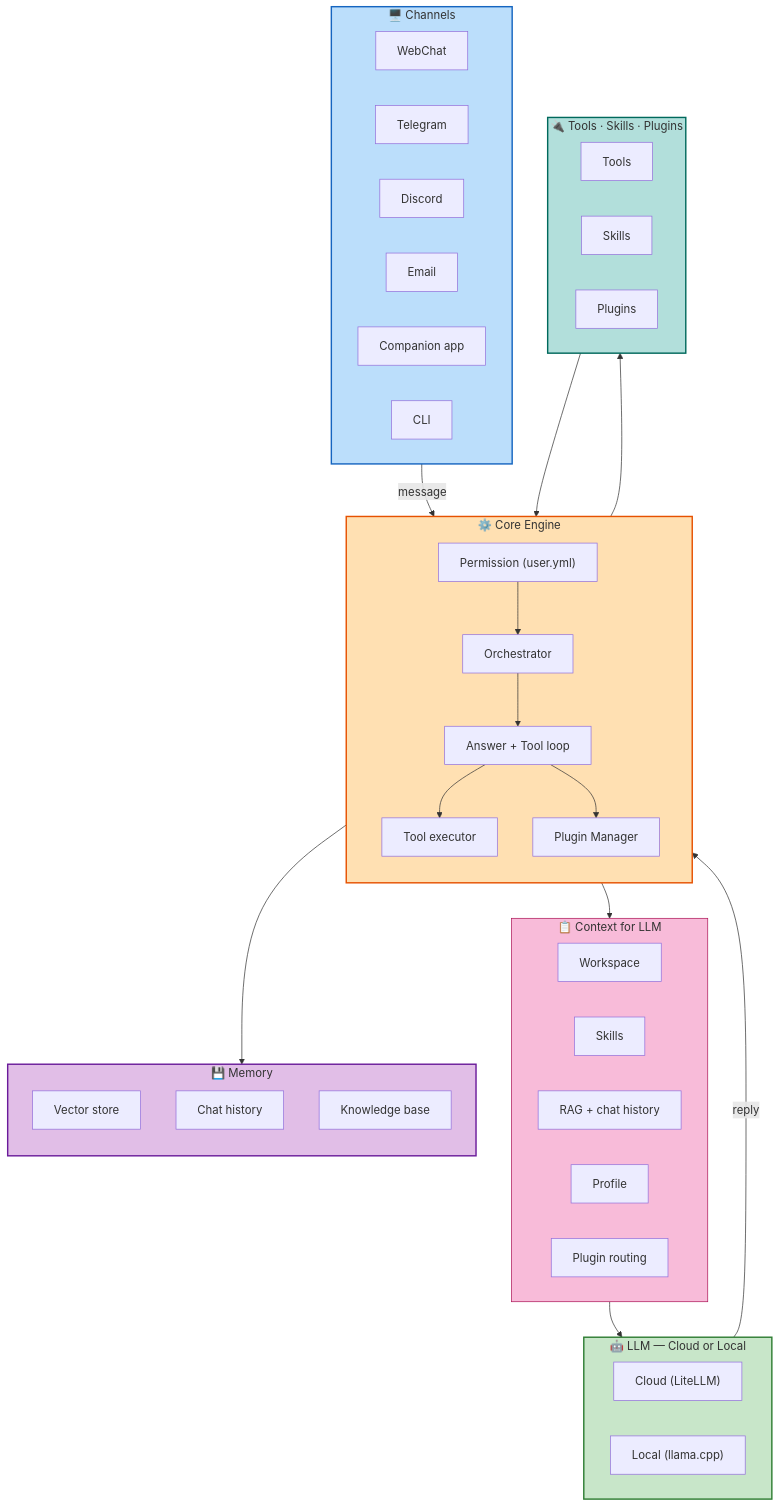
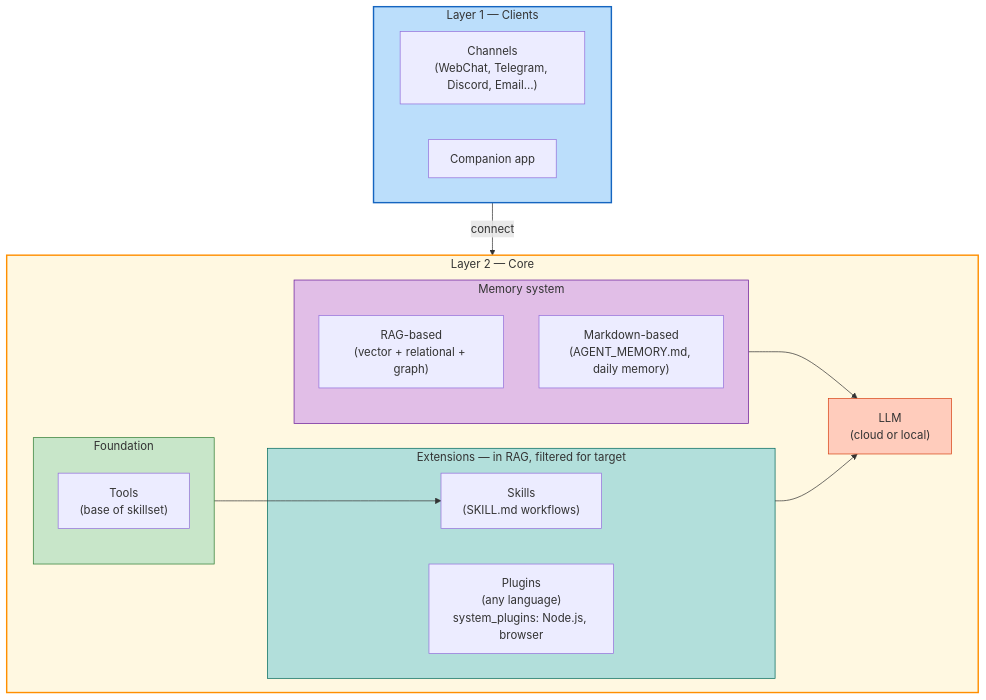
Before and after one commit to allenpeng0705/HomeClaw: the first of 3 diagrams in README.md, drawn with Mermaid. The commit also changed other lines of this file and 6 other files, not shown here.

Commit message:
update system diagram

````diff
--- a/README.md
+++ b/README.md
@@ -56,68 +56,35 @@
 ```mermaid
 flowchart TB
-  subgraph Channels["🖥️ Channels"]
+  subgraph Clients["Layer 1 — Clients"]
     direction LR
-    WebChat["WebChat"]
-    Telegram["Telegram"]
-    Discord["Discord"]
-    Email["Email"]
-    Companion["Companion app"]
-    CLI["CLI"]
+    CH["Channels\n(WebChat, Telegram, Discord, Email…)"]
+    APP["Companion app"]
   end
 
-  subgraph Core["⚙️ Core Engine"]
-    direction TB
-    Permission["Permission (user.yml)"]
-    Orch["Orchestrator"]
-    Answer["Answer + Tool loop"]
-    ToolExec["Tool executor"]
-    PluginMgr["Plugin Manager"]
-    Permission --> Orch --> Answer
-    Answer --> ToolExec
-    Answer --> PluginMgr
+  subgraph Core["Layer 2 — Core"]
+    subgraph Memory["Memory system"]
+      RAG["RAG-based\n(vector + relational + graph)"]
+      MD["Markdown-based\n(AGENT_MEMORY.md, daily memory)"]
+    end
+    subgraph Base["Foundation"]
+      T["Tools\n(base of skillset)"]
+    end
+    subgraph Ext["Extensions — in RAG, filtered for target"]
+      S["Skills\n(SKILL.md workflows)"]
+      P["Plugins\n(any language)\nsystem_plugins: Node.js, browser"]
+    end
+    LLM["LLM\n(cloud or local)"]
   end
 
-  subgraph Context["📋 Context for LLM"]
-    direction LR
-    Workspace["Workspace"]
-    Skills["Skills"]
-    MemBlock["RAG + chat history"]
-    ProfileBlock["Profile"]
-    Routing["Plugin routing"]
-  end
+  Clients -->|"connect"| Core
+  Memory --> LLM
+  Base --> S
+  Ext --> LLM
 
-  subgraph LLM["🤖 LLM — Cloud or Local"]
-    direction LR
-    Cloud["Cloud (LiteLLM)"]
-    Local["Local (llama.cpp)"]
-  end
-
-  subgraph Memory["💾 Memory"]
-    direction TB
-    Vector["Vector store"]
-    ChatDB["Chat history"]
-    KB["Knowledge base"]
-  end
-
-  subgraph Extensions["🔌 Tools · Skills · Plugins"]
-    direction LR
-    Tools["Tools"]
-    SkillsExt["Skills"]
-    Plugins["Plugins"]
-  end
-
-  Channels -->|"message"| Core
-  Answer --> Context
-  Context --> LLM
-  LLM -->|"reply"| Answer
-  Answer --> Memory
-  Answer --> Extensions
-  Extensions --> Answer
-
-  style Channels fill:#BBDEFB,stroke:#1565C0,stroke-width:2px
-  style Core fill:#FFE0B2,stroke:#E65100,stroke-width:2px
-  style Context fill:#F8BBD9,stroke:#AD1457,stroke-width:1px
-  style LLM fill:#C8E6C9,stroke:#2E7D32,stroke-width:2px
-  style Memory fill:#E1BEE7,stroke:#6A1B9A,stroke-width:2px
-  style Extensions fill:#B2DFDB,stroke:#00695C,stroke-width:2px
+  style Clients fill:#BBDEFB,stroke:#1565C0,stroke-width:2px
+  style Core fill:#FFF8E1,stroke:#FF8F00,stroke-width:2px
+  style Memory fill:#E1BEE7,stroke:#6A1B9A,stroke-width:1px
+  style Base fill:#C8E6C9,stroke:#2E7D32,stroke-width:1px
+  style Ext fill:#B2DFDB,stroke:#00695C,stroke-width:1px
+  style LLM fill:#FFCCBC,stroke:#D84315,stroke-width:1px
 ```
````
